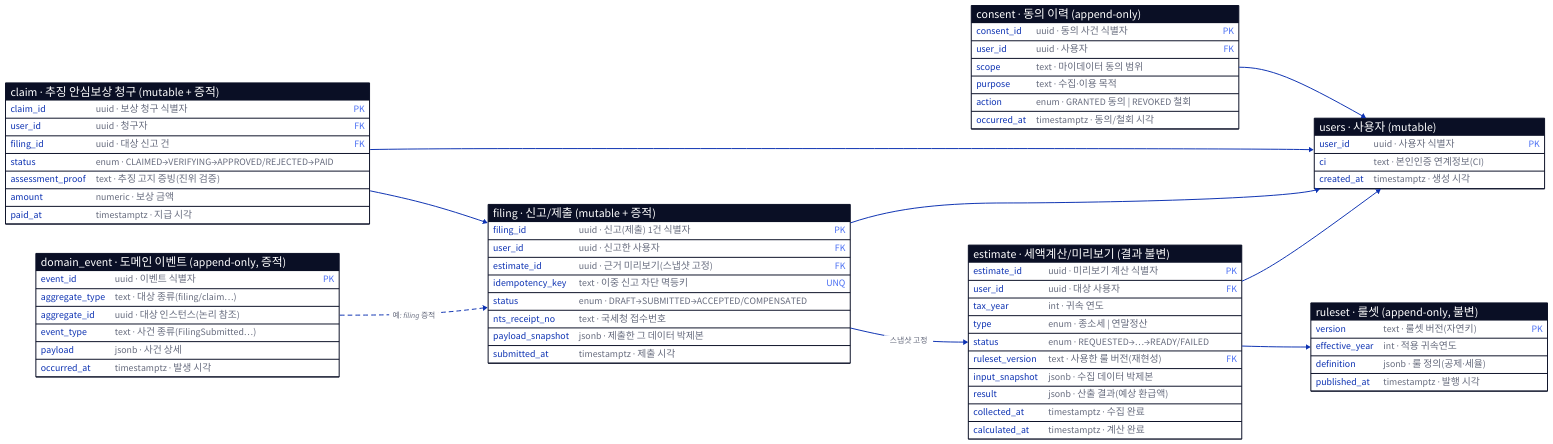
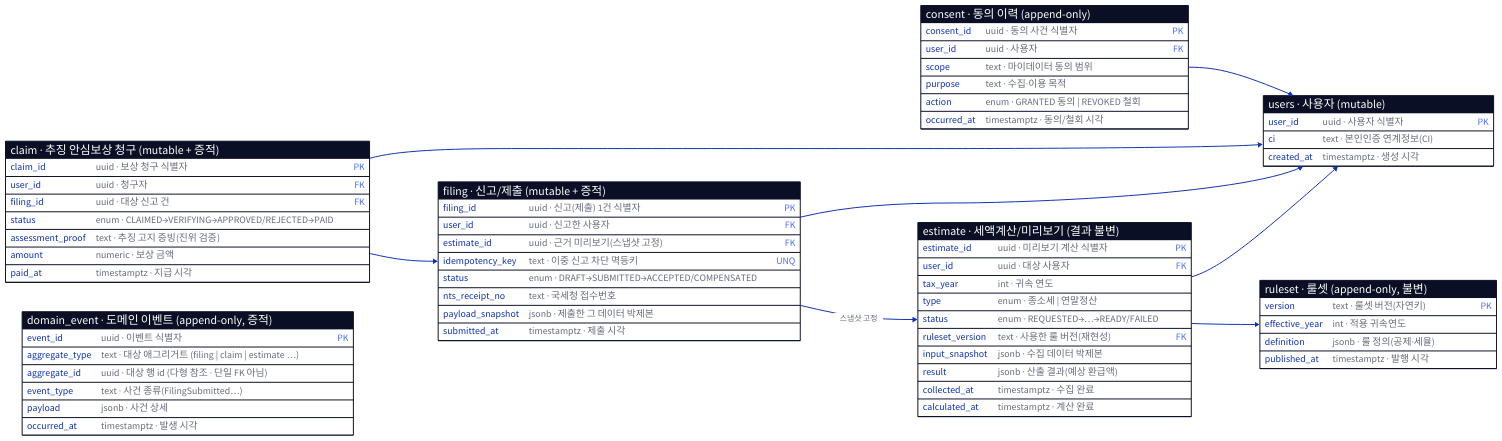
One commit to Hyune-s-lab/my-ai-study changed the diagram in system-design/assets/종소세-도메인-ERD.d2. Above: the diagram before and after it, drawn with D2. The commit also changed 1 other file, not shown here.

```diff
--- a/system-design/assets/종소세-도메인-ERD.d2
+++ b/system-design/assets/종소세-도메인-ERD.d2
@@ -1,77 +1,76 @@
 direction: right
 vars: { d2-config: { pad: 30 } }
 
 users: "users · 사용자 (mutable)" {
   shape: sql_table
   user_id: "uuid · 사용자 식별자" { constraint: primary_key }
   ci: "text · 본인인증 연계정보(CI)"
   created_at: "timestamptz · 생성 시각"
 }
 consent: "consent · 동의 이력 (append-only)" {
   shape: sql_table
   consent_id: "uuid · 동의 사건 식별자" { constraint: primary_key }
   user_id: "uuid · 사용자" { constraint: foreign_key }
   scope: "text · 마이데이터 동의 범위"
   purpose: "text · 수집·이용 목적"
   action: "enum · GRANTED 동의 | REVOKED 철회"
   occurred_at: "timestamptz · 동의/철회 시각"
 }
 ruleset: "ruleset · 룰셋 (append-only, 불변)" {
   shape: sql_table
   version: "text · 룰셋 버전(자연키)" { constraint: primary_key }
   effective_year: "int · 적용 귀속연도"
   definition: "jsonb · 룰 정의(공제·세율)"
   published_at: "timestamptz · 발행 시각"
 }
 estimate: "estimate · 세액계산/미리보기 (결과 불변)" {
   shape: sql_table
   estimate_id: "uuid · 미리보기 계산 식별자" { constraint: primary_key }
   user_id: "uuid · 대상 사용자" { constraint: foreign_key }
   tax_year: "int · 귀속 연도"
   type: "enum · 종소세 | 연말정산"
   status: "enum · REQUESTED→…→READY/FAILED"
   ruleset_version: "text · 사용한 룰 버전(재현성)" { constraint: foreign_key }
   input_snapshot: "jsonb · 수집 데이터 박제본"
   result: "jsonb · 산출 결과(예상 환급액)"
   collected_at: "timestamptz · 수집 완료"
   calculated_at: "timestamptz · 계산 완료"
 }
 filing: "filing · 신고/제출 (mutable + 증적)" {
   shape: sql_table
   filing_id: "uuid · 신고(제출) 1건 식별자" { constraint: primary_key }
   user_id: "uuid · 신고한 사용자" { constraint: foreign_key }
   estimate_id: "uuid · 근거 미리보기(스냅샷 고정)" { constraint: foreign_key }
   idempotency_key: "text · 이중 신고 차단 멱등키" { constraint: unique }
   status: "enum · DRAFT→SUBMITTED→ACCEPTED/COMPENSATED"
   nts_receipt_no: "text · 국세청 접수번호"
   payload_snapshot: "jsonb · 제출한 그 데이터 박제본"
   submitted_at: "timestamptz · 제출 시각"
 }
 claim: "claim · 추징 안심보상 청구 (mutable + 증적)" {
   shape: sql_table
   claim_id: "uuid · 보상 청구 식별자" { constraint: primary_key }
   user_id: "uuid · 청구자" { constraint: foreign_key }
   filing_id: "uuid · 대상 신고 건" { constraint: foreign_key }
   status: "enum · CLAIMED→VERIFYING→APPROVED/REJECTED→PAID"
   assessment_proof: "text · 추징 고지 증빙(진위 검증)"
   amount: "numeric · 보상 금액"
   paid_at: "timestamptz · 지급 시각"
 }
 event: "domain_event · 도메인 이벤트 (append-only, 증적)" {
   shape: sql_table
   event_id: "uuid · 이벤트 식별자" { constraint: primary_key }
-  aggregate_type: "text · 대상 종류(filing/claim…)"
-  aggregate_id: "uuid · 대상 인스턴스(논리 참조)"
+  aggregate_type: "text · 대상 애그리거트 (filing | claim | estimate …)"
+  aggregate_id: "uuid · 대상 행 id (다형 참조 · 단일 FK 아님)"
   event_type: "text · 사건 종류(FilingSubmitted…)"
   payload: "jsonb · 사건 상세"
   occurred_at: "timestamptz · 발생 시각"
 }
 
 consent.user_id -> users.user_id
 estimate.user_id -> users.user_id
 estimate.ruleset_version -> ruleset.version
 filing.user_id -> users.user_id
 filing.estimate_id -> estimate.estimate_id: "스냅샷 고정"
 claim.user_id -> users.user_id
 claim.filing_id -> filing.filing_id
-event.aggregate_id -> filing.filing_id: "예: filing 증적" { style.stroke-dash: 4 }
```
